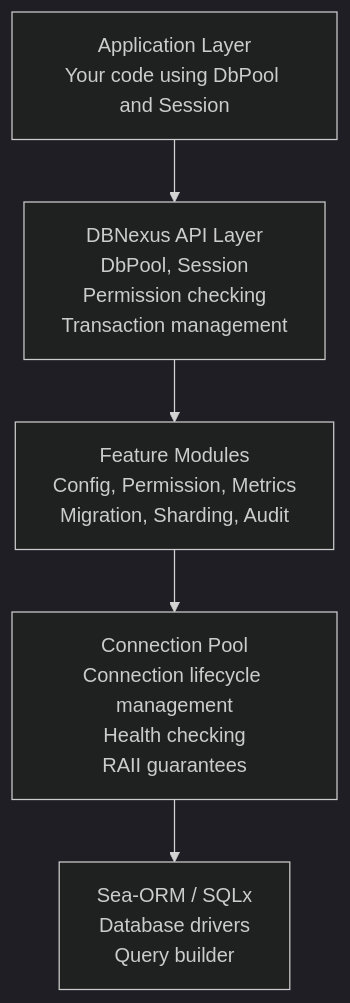
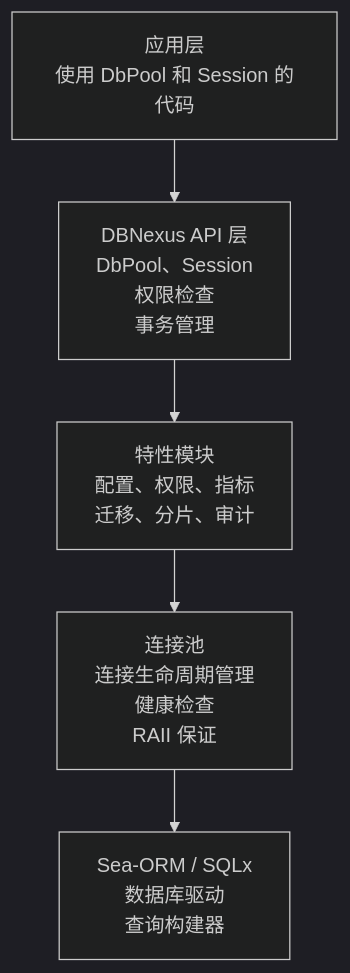
The first of 15 diagrams in docs/ARCHITECTURE.md (Kirky-X/dbnexus), drawn with Mermaid (dark theme) before and after one commit. The commit also changed other lines of this file and 2 other files, not shown here.

````diff
--- a/docs/ARCHITECTURE.md
+++ b/docs/ARCHITECTURE.md
@@ -94,7 +94,7 @@
 ```mermaid
 graph TD
-    A[Application Layer<br/>Your code using DbPool and Session] --> B[DBNexus API Layer<br/>DbPool, Session<br/>Permission checking<br/>Transaction management]
-    B --> C[Feature Modules<br/>Config, Permission, Metrics<br/>Migration, Sharding, Audit]
-    C --> D[Connection Pool<br/>Connection lifecycle management<br/>Health checking<br/>RAII guarantees]
-    D --> E[Sea-ORM / SQLx<br/>Database drivers<br/>Query builder]
+    A[应用层<br/>使用 DbPool 和 Session 的代码] --> B[DBNexus API 层<br/>DbPool、Session<br/>权限检查<br/>事务管理]
+    B --> C[特性模块<br/>配置、权限、指标<br/>迁移、分片、审计]
+    C --> D[连接池<br/>连接生命周期管理<br/>健康检查<br/>RAII 保证]
+    D --> E[Sea-ORM / SQLx<br/>数据库驱动<br/>查询构建器]
 ```
````
